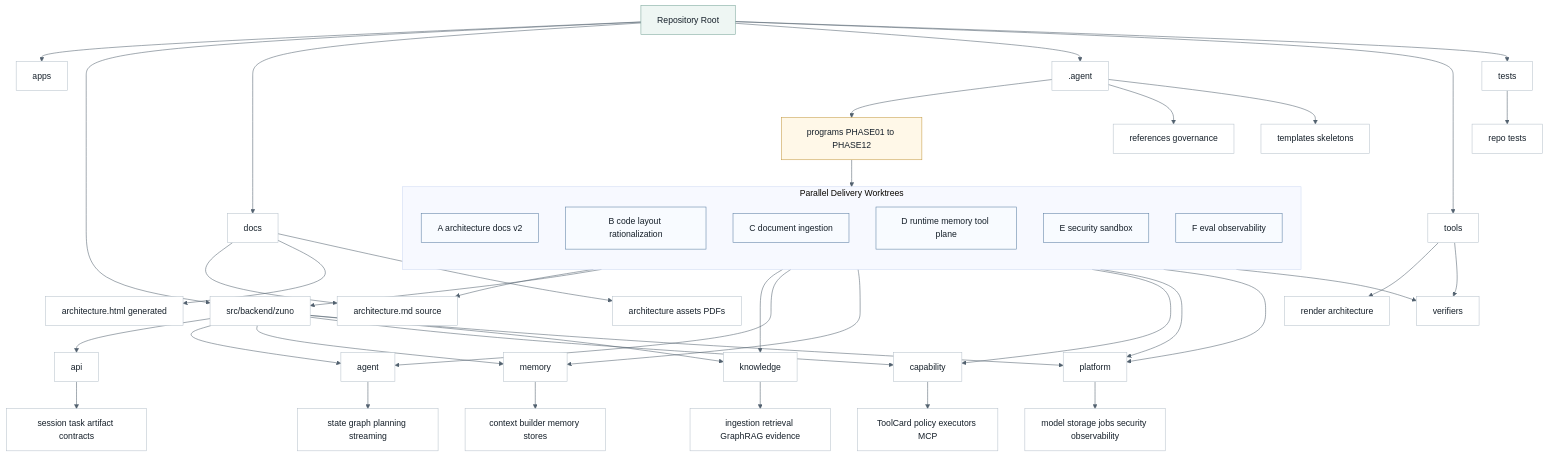
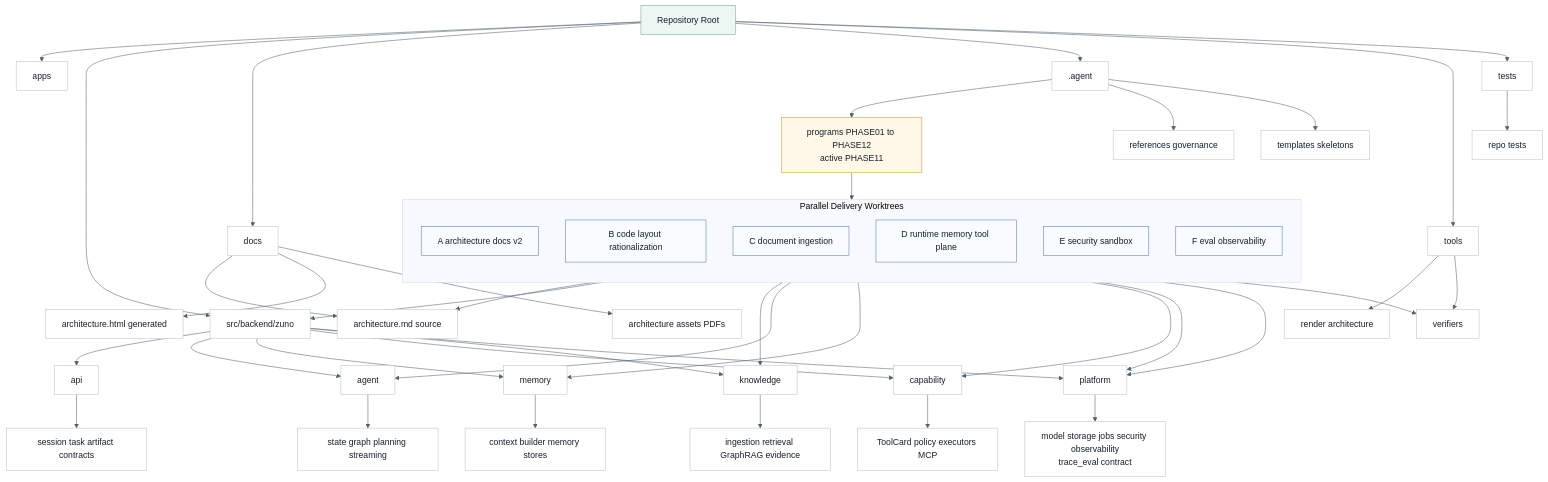
Before and after one commit to ProfessorZhi/Zuno: the second of 10 diagrams in docs/architecture/architecture.md, drawn with Mermaid. The commit also changed other lines of this file and 21 other files, not shown here.

Commit message:
docs: refresh architecture docs and diagrams

````diff
--- a/docs/architecture/architecture.md
+++ b/docs/architecture/architecture.md
@@ -1141,59 +1144,59 @@
 ```mermaid
 %%{init: {"theme": "base", "themeVariables": {"background": "#f7f8fb", "lineColor": "#52616f"}}}%%
 flowchart TB
   classDef node fill:#ffffff,stroke:#b8c2cc,stroke-width:1px,color:#16202a;
   classDef accent fill:#eef6f3,stroke:#7aa59a,stroke-width:1px,color:#16202a;
   classDef guard fill:#fff8e8,stroke:#c59b43,stroke-width:1px,color:#16202a;
   classDef work fill:#f8fbff,stroke:#5b7fa3,stroke-width:1px,color:#16202a;
 
   R["Repository Root"]:::accent
   R --> APPS["apps"]
   R --> BACKEND["src/backend/zuno"]
   R --> DOCS["docs"]
   R --> AGENT[".agent"]
   R --> TOOLS["tools"]
   R --> TESTS["tests"]
   BACKEND --> API["api"]
   BACKEND --> AG["agent"]
   BACKEND --> MEM["memory"]
   BACKEND --> CAP["capability"]
   BACKEND --> KNO["knowledge"]
   BACKEND --> PLA["platform"]
   API --> APISTATE["session task artifact contracts"]
   AG --> RUNTIME["state graph planning streaming"]
   MEM --> MEMSYS["context builder memory stores"]
   CAP --> TOOLSYS["ToolCard policy executors MCP"]
   KNO --> KNOWSYS["ingestion retrieval GraphRAG evidence"]
-  PLA --> PLATSYS["model storage jobs security observability"]
+  PLA --> PLATSYS["model storage jobs security observability<br/>trace_eval contract"]
   DOCS --> FORMAL["architecture.md source"]
   DOCS --> HTML["architecture.html generated"]
   DOCS --> ASSETS["architecture assets PDFs"]
-  AGENT --> PROGRAM["programs PHASE01 to PHASE12"]:::guard
+  AGENT --> PROGRAM["programs PHASE01 to PHASE12<br/>active PHASE11"]:::guard
   AGENT --> REFS["references governance"]
   AGENT --> TPL["templates skeletons"]
   TOOLS --> RENDER["render architecture"]
   TOOLS --> VERIFY["verifiers"]
   TESTS --> REPO["repo tests"]
 
   subgraph WORK["Parallel Delivery Worktrees"]
     direction TB
     WA["A architecture docs v2"]:::work
     WB["B code layout rationalization"]:::work
     WC["C document ingestion"]:::work
     WD["D runtime memory tool plane"]:::work
     WE["E security sandbox"]:::work
     WF["F eval observability"]:::work
   end
 
   PROGRAM --> WORK
   WA --> FORMAL
   WB --> BACKEND
   WC --> KNO
   WD --> AG
   WD --> MEM
   WD --> CAP
   WE --> PLA
   WF --> PLA
   WORK --> VERIFY
   class APPS,BACKEND,DOCS,AGENT,TOOLS,TESTS,API,AG,MEM,CAP,KNO,PLA,APISTATE,RUNTIME,MEMSYS,TOOLSYS,KNOWSYS,PLATSYS,FORMAL,HTML,ASSETS,REFS,TPL,RENDER,VERIFY,REPO node;
 ```
````
